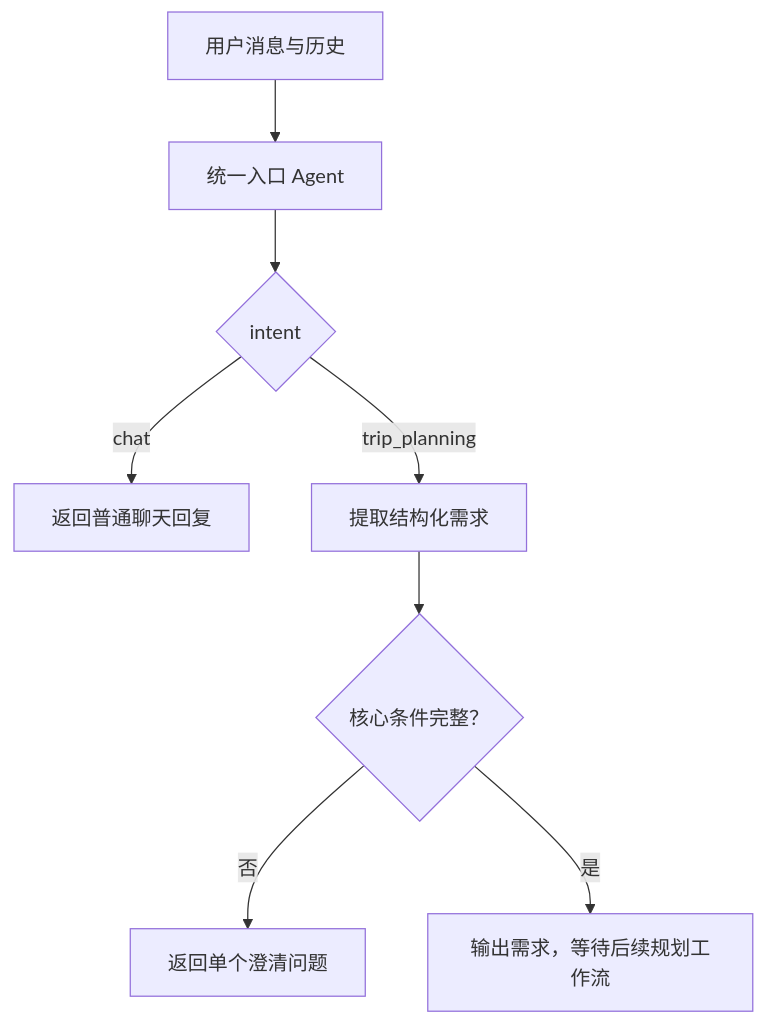
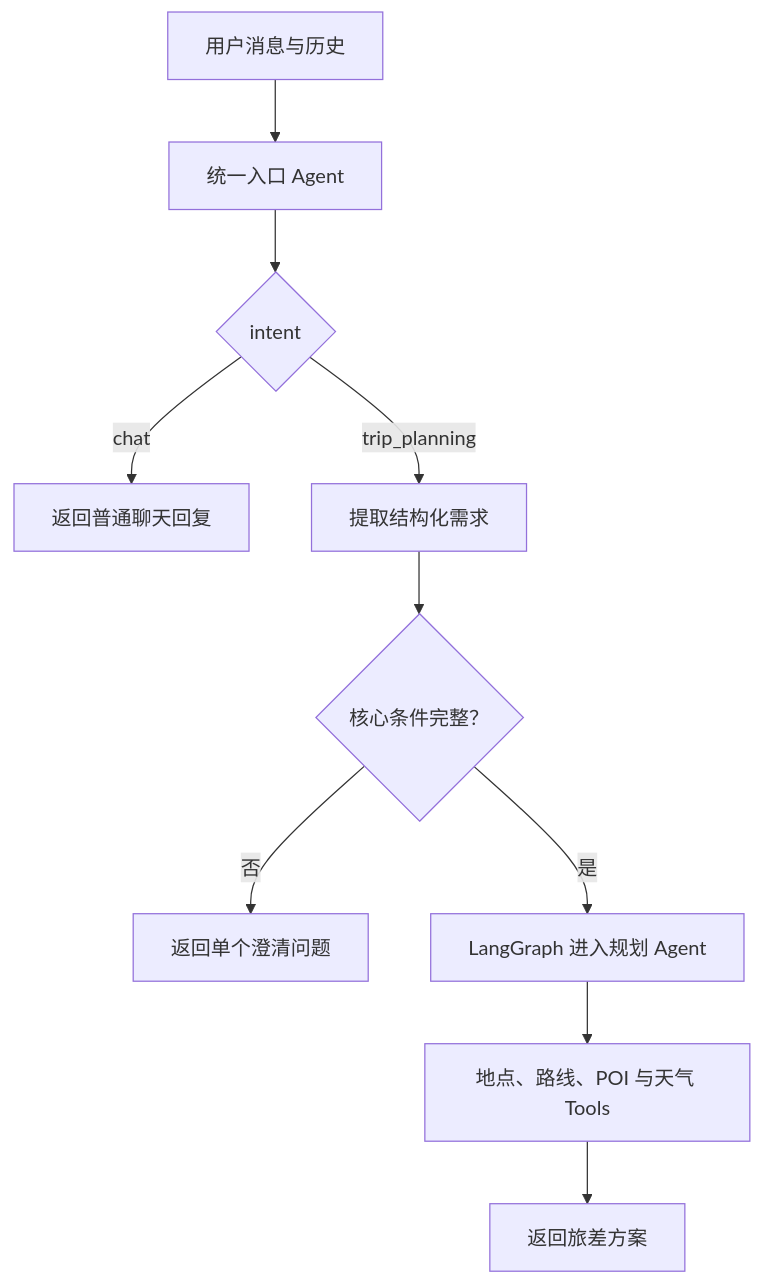
The fourth of 4 diagrams in README.md (GuLu37/TripWeave), drawn with Mermaid before and after one commit. The commit also changed other lines of this file and 31 other files, not shown here.

````diff
--- a/README.md
+++ b/README.md
@@ -264,10 +269,12 @@
 ```mermaid
 flowchart TD
     A["用户消息与历史"] --> B["统一入口 Agent"]
     B --> C{"intent"}
     C -- "chat" --> D["返回普通聊天回复"]
     C -- "trip_planning" --> E["提取结构化需求"]
     E --> F{"核心条件完整？"}
     F -- "否" --> G["返回单个澄清问题"]
-    F -- "是" --> H["输出需求，等待后续规划工作流"]
+    F -- "是" --> H["LangGraph 进入规划 Agent"]
+    H --> I["地点、路线、POI 与天气 Tools"]
+    I --> J["返回旅差方案"]
 ```
````
